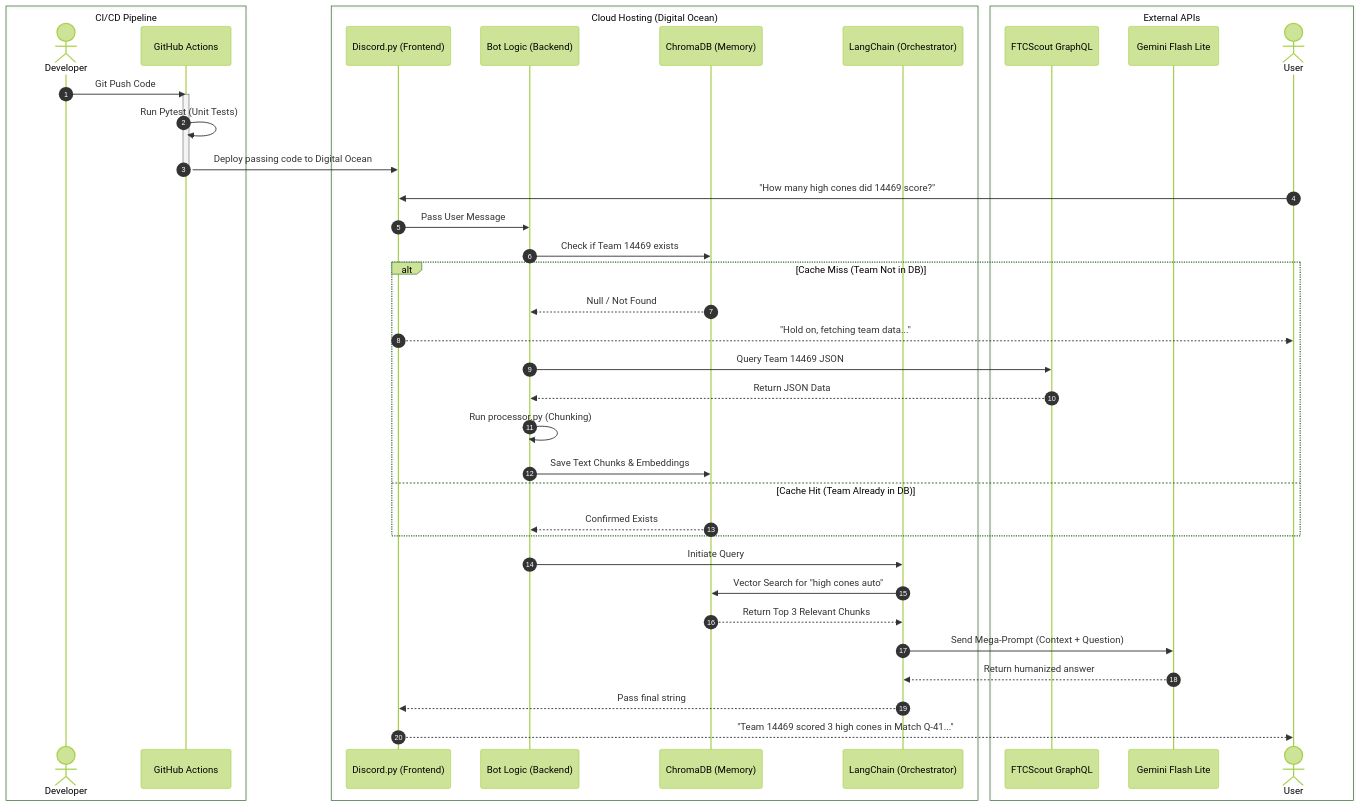
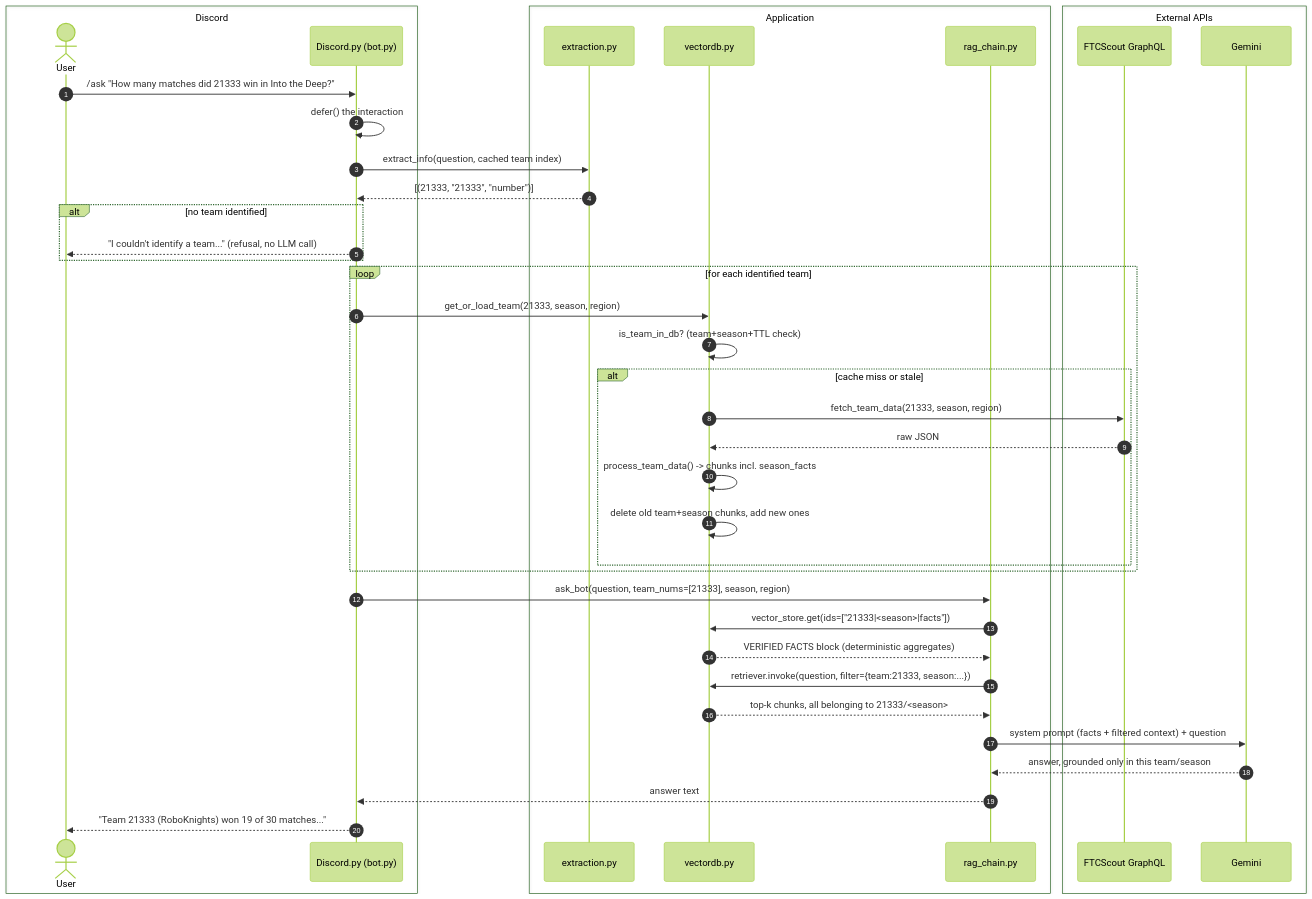
The diagram in diagram.md (ASnailman/FTC-Discord-AI-Bot), drawn with Mermaid (forest theme) before and after one commit. The commit also changed other lines of this file and 78 other files, not shown here.

Commit message:
Harden RAG pipeline: filtered retrieval, deterministic facts, fixed extraction, full test suite

````diff
--- a/diagram.md
+++ b/diagram.md
@@ -1,59 +1,51 @@
 ```mermaid
 sequenceDiagram
     autonumber
-    
-    box CI/CD Pipeline
-    actor Developer
-    participant Actions as GitHub Actions
+
+    box Discord
+    actor User
+    participant Frontend as Discord.py (bot.py)
     end
 
-    box Cloud Hosting (Digital Ocean)
-    participant Frontend as Discord.py (Frontend)
-    participant Backend as Bot Logic (Backend)
-    participant ChromaDB as ChromaDB (Memory)
-    participant LangChain as LangChain (Orchestrator)
+    box Application
+    participant Extract as extraction.py
+    participant VDB as vectordb.py
+    participant RAG as rag_chain.py
     end
 
     box External APIs
     participant FTCScout as FTCScout GraphQL
-    participant Gemini as Gemini Flash Lite
-    actor User
+    participant Gemini as Gemini
     end
 
-    %% CI/CD Flow
-    Developer->>Actions: Git Push Code
-    activate Actions
-    Actions->>Actions: Run Pytest (Unit Tests)
-    Actions->>Frontend: Deploy passing code to Digital Ocean
-    deactivate Actions
-    
-    %% User Interaction Flow
-    User->>Frontend: "How many high cones did 14469 score?"
-    Frontend->>Backend: Pass User Message
-    
-    %% Lazy Loading Database Check
-    Backend->>ChromaDB: Check if Team 14469 exists
-    
-    alt Cache Miss (Team Not in DB)
-        ChromaDB-->>Backend: Null / Not Found
-        Frontend-->>User: "Hold on, fetching team data..."
-        Backend->>FTCScout: Query Team 14469 JSON
-        FTCScout-->>Backend: Return JSON Data
-        Backend->>Backend: Run processor.py (Chunking)
-        Backend->>ChromaDB: Save Text Chunks & Embeddings
-    else Cache Hit (Team Already in DB)
-        ChromaDB-->>Backend: Confirmed Exists
+    User->>Frontend: /ask "How many matches did 21333 win in Into the Deep?"
+    Frontend->>Frontend: defer() the interaction
+
+    Frontend->>Extract: extract_info(question, cached team index)
+    Extract-->>Frontend: [(21333, "21333", "number")]
+
+    alt no team identified
+        Frontend-->>User: "I couldn't identify a team..." (refusal, no LLM call)
     end
-    
-    %% RAG Orchestration
-    Backend->>LangChain: Initiate Query
-    LangChain->>ChromaDB: Vector Search for "high cones auto"
-    ChromaDB-->>LangChain: Return Top 3 Relevant Chunks
-    
-    %% LLM Generation
-    LangChain->>Gemini: Send Mega-Prompt (Context + Question)
-    Gemini-->>LangChain: Return humanized answer
-    
-    LangChain-->>Frontend: Pass final string
-    Frontend-->>User: "Team 14469 scored 3 high cones in Match Q-41..."
+
+    loop for each identified team
+        Frontend->>VDB: get_or_load_team(21333, season, region)
+        VDB->>VDB: is_team_in_db? (team+season+TTL check)
+        alt cache miss or stale
+            VDB->>FTCScout: fetch_team_data(21333, season, region)
+            FTCScout-->>VDB: raw JSON
+            VDB->>VDB: process_team_data() -> chunks incl. season_facts
+            VDB->>VDB: delete old team+season chunks, add new ones
+        end
+    end
+
+    Frontend->>RAG: ask_bot(question, team_nums=[21333], season, region)
+    RAG->>VDB: vector_store.get(ids=["21333|<season>|facts"])
+    VDB-->>RAG: VERIFIED FACTS block (deterministic aggregates)
+    RAG->>VDB: retriever.invoke(question, filter={team:21333, season:...})
+    VDB-->>RAG: top-k chunks, all belonging to 21333/<season>
+    RAG->>Gemini: system prompt (facts + filtered context) + question
+    Gemini-->>RAG: answer, grounded only in this team/season
+    RAG-->>Frontend: answer text
+    Frontend-->>User: "Team 21333 (RoboKnights) won 19 of 30 matches..."
 ```
````
